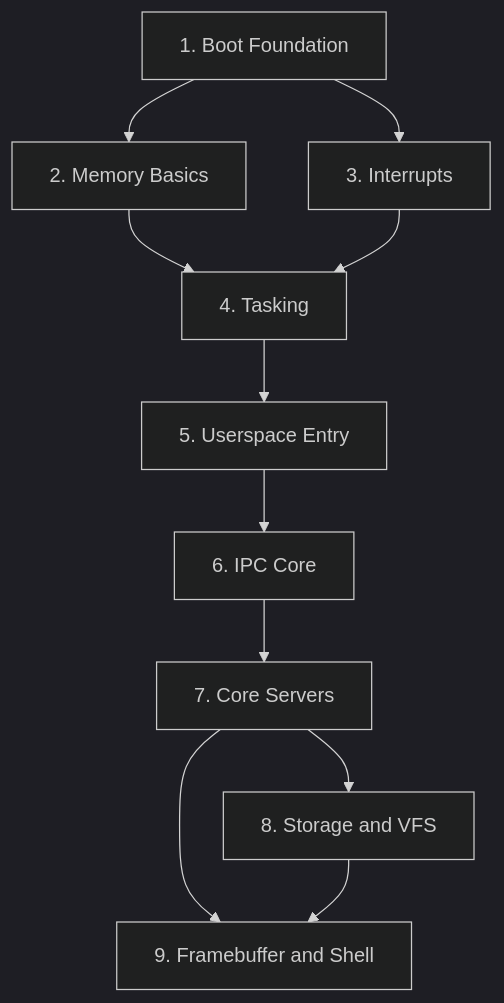
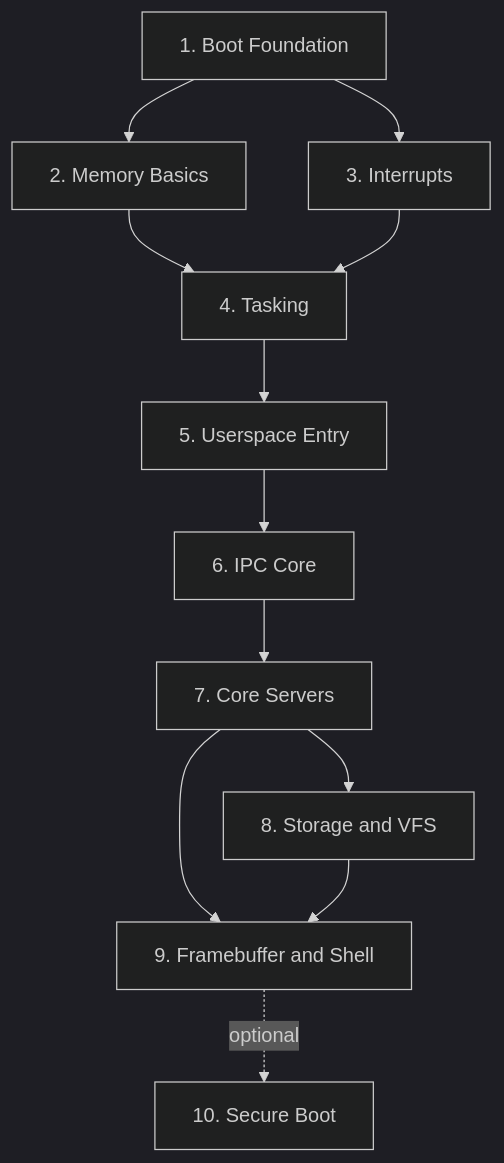
Before and after one commit to mikecubed/m3OS: the diagram in docs/08-roadmap.md, drawn with Mermaid (dark theme). The commit also changed other lines of this file and 13 other files, not shown here.

````diff
--- a/docs/08-roadmap.md
+++ b/docs/08-roadmap.md
@@ -11,23 +11,24 @@
 ```mermaid
 flowchart TD
     P1["1. Boot Foundation"]
     P2["2. Memory Basics"]
     P3["3. Interrupts"]
     P4["4. Tasking"]
     P5["5. Userspace Entry"]
     P6["6. IPC Core"]
     P7["7. Core Servers"]
     P8["8. Storage and VFS"]
     P9["9. Framebuffer and Shell"]
 
     P1 --> P2
     P1 --> P3
     P2 --> P4
     P3 --> P4
     P4 --> P5
     P5 --> P6
     P6 --> P7
     P7 --> P8
     P7 --> P9
     P8 --> P9
+    P9 -.->|optional| P10["10. Secure Boot"]
 ```
````
